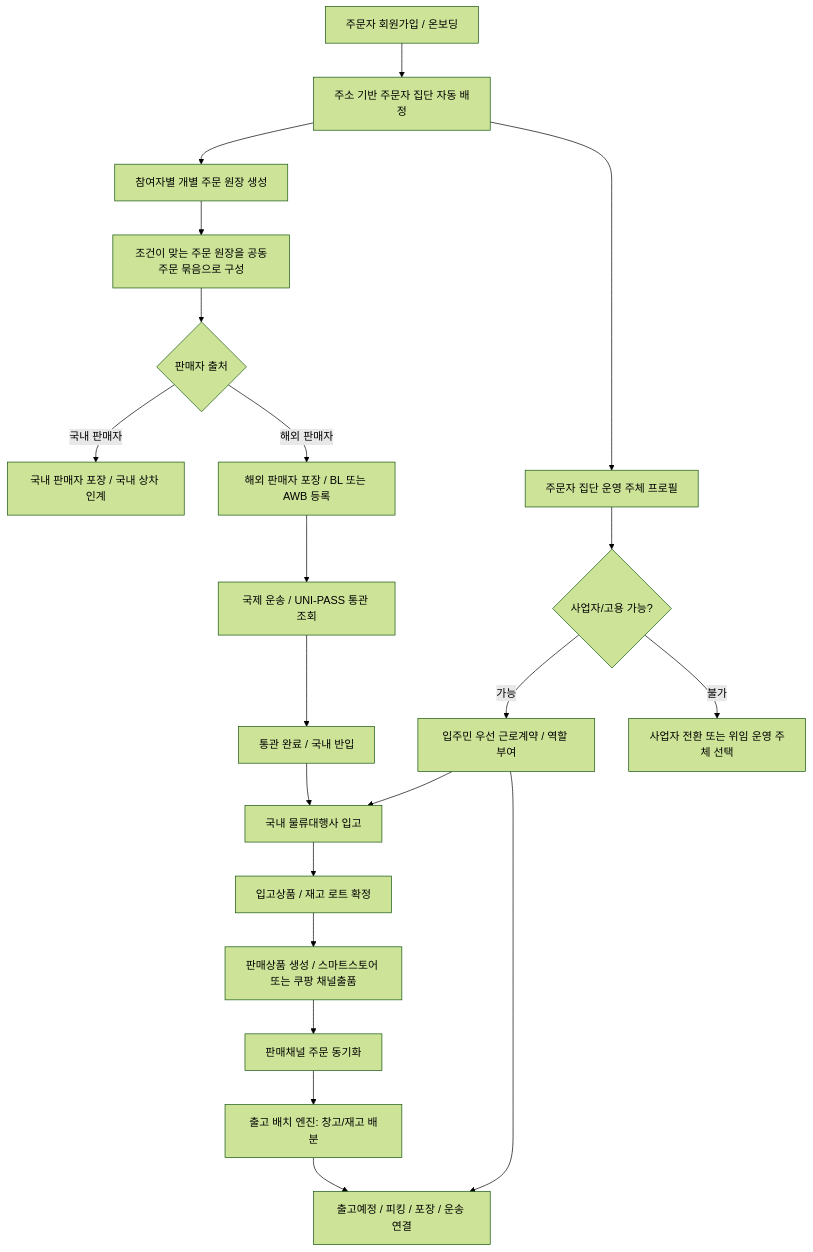
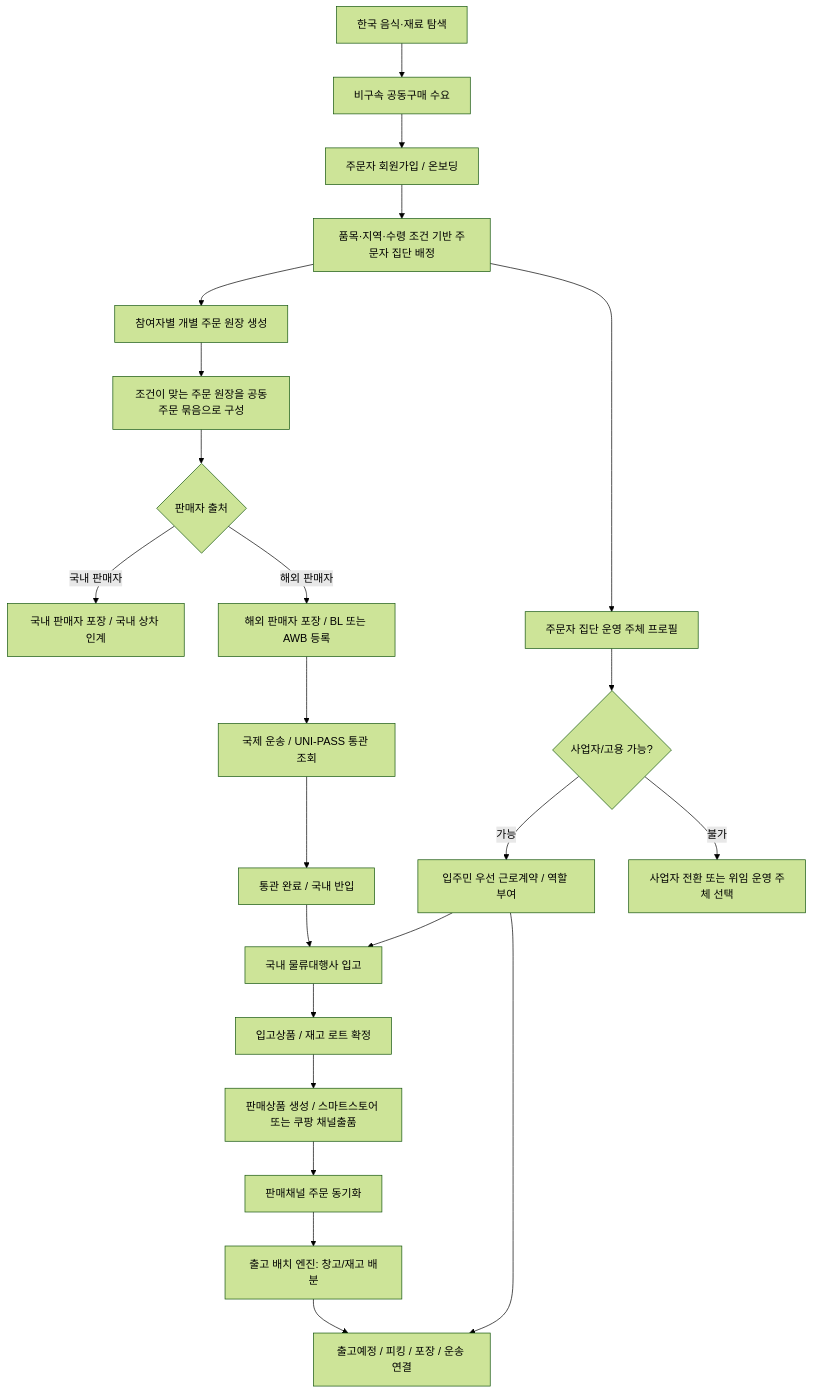
One commit to cheolwo/hongdal changed the diagram in docs/ProjectOverview/orderer-group-commerce-flows.md. Above: the diagram before and after it, drawn with Mermaid (forest theme). The commit also changed other lines of this file and 106 other files, not shown here.

````diff
--- a/docs/ProjectOverview/orderer-group-commerce-flows.md
+++ b/docs/ProjectOverview/orderer-group-commerce-flows.md
@@ -26,23 +28,25 @@
 ```mermaid
 flowchart TD
-    A["주문자 회원가입 / 온보딩"] --> B["주소 기반 주문자 집단 자동 배정"]
+    A0["한국 음식·재료 탐색"] --> A1["비구속 공동구매 수요"]
+    A1 --> A["주문자 회원가입 / 온보딩"]
+    A --> B["품목·지역·수령 조건 기반 주문자 집단 배정"]
     B --> C0["참여자별 개별 주문 원장 생성"]
     C0 --> C["조건이 맞는 주문 원장을 공동주문 묶음으로 구성"]
     C --> D{"판매자 출처"}
     D -->|국내 판매자| E["국내 판매자 포장 / 국내 상차 인계"]
     D -->|해외 판매자| F["해외 판매자 포장 / BL 또는 AWB 등록"]
     F --> G["국제 운송 / UNI-PASS 통관 조회"]
     G --> H["통관 완료 / 국내 반입"]
     H --> I["국내 물류대행사 입고"]
     I --> J["입고상품 / 재고 로트 확정"]
     J --> K["판매상품 생성 / 스마트스토어 또는 쿠팡 채널출품"]
     K --> L["판매채널 주문 동기화"]
     L --> M["출고 배치 엔진: 창고/재고 배분"]
     M --> N["출고예정 / 피킹 / 포장 / 운송 연결"]
     B --> O["주문자 집단 운영 주체 프로필"]
     O --> P{"사업자/고용 가능?"}
     P -->|가능| Q["입주민 우선 근로계약 / 역할 부여"]
     P -->|불가| R["사업자 전환 또는 위임 운영 주체 선택"]
     Q --> I
     Q --> N
 ```
````
